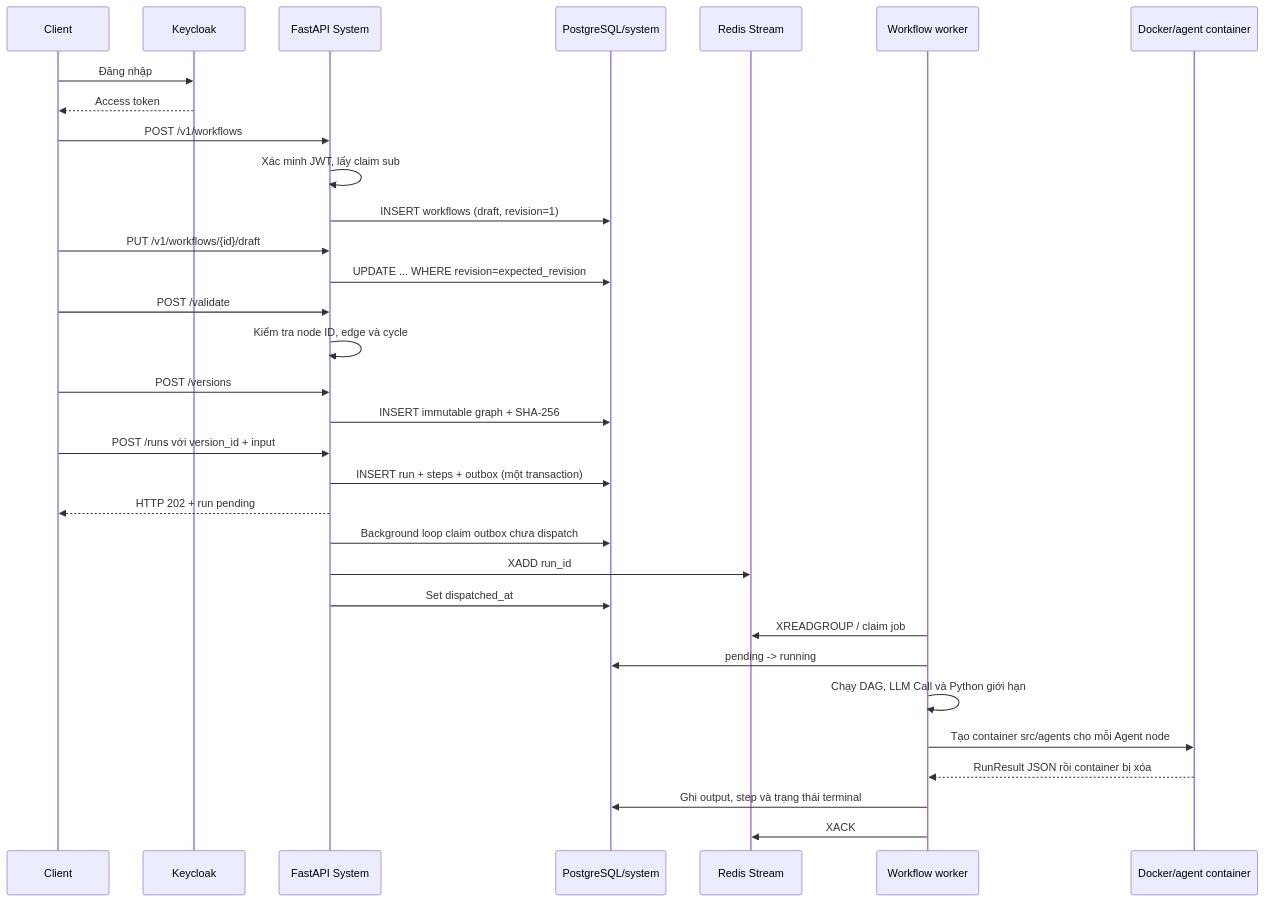
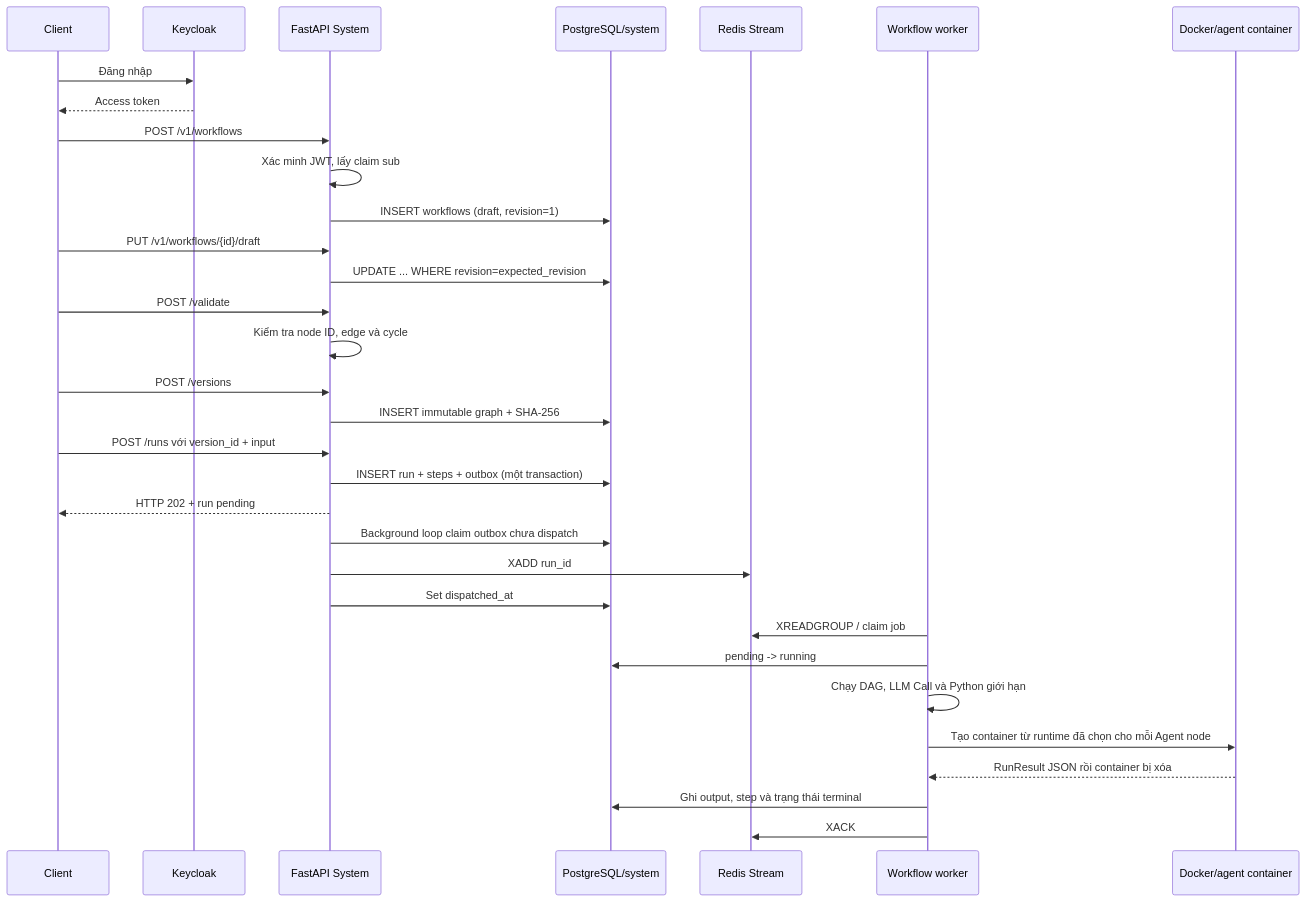
One commit to ndthangit/AgentFlow changed the second of 3 diagrams in docs/workflow-execution.md. Above: the diagram before and after it, drawn with Mermaid. The commit also changed other lines of this file and 31 other files, not shown here.

````diff
--- a/docs/workflow-execution.md
+++ b/docs/workflow-execution.md
@@ -89,35 +89,35 @@
 ```mermaid
 sequenceDiagram
     participant C as Client
     participant K as Keycloak
     participant A as FastAPI System
     participant P as PostgreSQL/system
     participant R as Redis Stream
     participant W as Workflow worker
     participant D as Docker/agent container
 
     C->>K: Đăng nhập
     K-->>C: Access token
     C->>A: POST /v1/workflows
     A->>A: Xác minh JWT, lấy claim sub
     A->>P: INSERT workflows (draft, revision=1)
     C->>A: PUT /v1/workflows/{id}/draft
     A->>P: UPDATE ... WHERE revision=expected_revision
     C->>A: POST /validate
     A->>A: Kiểm tra node ID, edge và cycle
     C->>A: POST /versions
     A->>P: INSERT immutable graph + SHA-256
     C->>A: POST /runs với version_id + input
     A->>P: INSERT run + steps + outbox (một transaction)
     A-->>C: HTTP 202 + run pending
     A->>P: Background loop claim outbox chưa dispatch
     A->>R: XADD run_id
     A->>P: Set dispatched_at
     W->>R: XREADGROUP / claim job
     W->>P: pending -> running
     W->>W: Chạy DAG, LLM Call và Python giới hạn
-    W->>D: Tạo container src/agents cho mỗi Agent node
+    W->>D: Tạo container từ runtime đã chọn cho mỗi Agent node
     D-->>W: RunResult JSON rồi container bị xóa
     W->>P: Ghi output, step và trạng thái terminal
     W->>R: XACK
 ```
````
